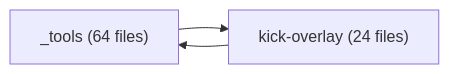
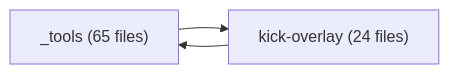
One commit to mateusant13/kick-youtube-overlay-for-twitch-with-adblock changed the diagram in features/INDEX.md. Above: the diagram before and after it, drawn with Mermaid. The commit also changed other lines of this file and 6 other files, not shown here.

````diff
--- a/features/INDEX.md
+++ b/features/INDEX.md
@@ -15,7 +15,7 @@
 ```mermaid
 flowchart LR
-  _tools["_tools (64 files)"]
+  _tools["_tools (65 files)"]
   kick_overlay["kick-overlay (24 files)"]
   _tools --> kick_overlay
   kick_overlay --> _tools
 ```
````
